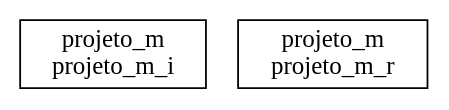
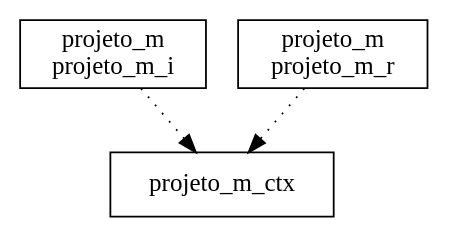
One commit to JoaoSant0s/atelier-b-e-commerce changed the diagram in AtelierB/Project/Projeto.dot. Above: the diagram before and after it, drawn with Graphviz. The commit also changed 4 other files, not shown here.

```diff
--- a/AtelierB/Project/Projeto.dot
+++ b/AtelierB/Project/Projeto.dot
@@ -1,5 +1,8 @@
 digraph {
+projeto_m_ctx [ label=" projeto_m_ctx " shape= box ]
 projeto_m_i [ label=" projeto_m\nprojeto_m_i " shape= box ]
 projeto_m_r [ label=" projeto_m\nprojeto_m_r " shape= box ]
 
+"projeto_m_i" -> "projeto_m_ctx" [style= dotted ]
+"projeto_m_r" -> "projeto_m_ctx" [style= dotted ]
 }
```
